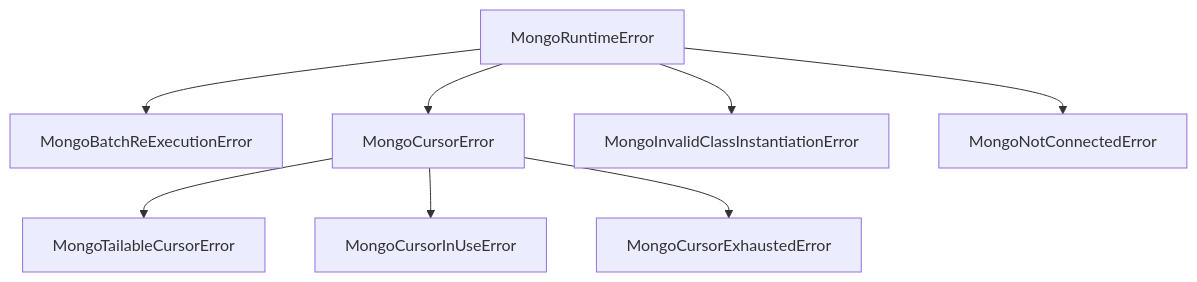
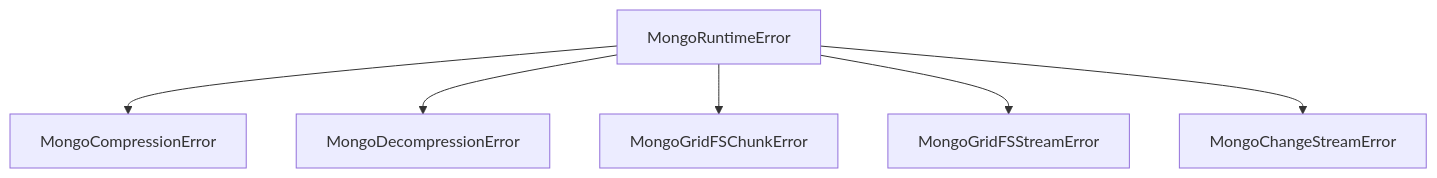
Before and after one commit to mongodb/node-mongodb-native: the diagram in docs/charts/mermaid/MongoRuntimeError_0.mmd, drawn with Mermaid. The commit also changed 8 other files, not shown here.

Commit message:
docs: Update diagrams(wip)

```diff
--- a/docs/charts/mermaid/MongoRuntimeError_0.mmd
+++ b/docs/charts/mermaid/MongoRuntimeError_0.mmd
@@ -1,9 +1,6 @@
 graph TD
-  MongoRuntimeError --> MongoBatchReExecutionError
-  MongoRuntimeError --> MongoCursorError
-  MongoRuntimeError --> MongoInvalidClassInstantiationError
-  MongoRuntimeError --> MongoNotConnectedError
-
-  MongoCursorError --> MongoTailableCursorError
-  MongoCursorError --> MongoCursorInUseError
-  MongoCursorError --> MongoCursorExhaustedError
+  MongoRuntimeError --> MongoCompressionError
+  MongoRuntimeError --> MongoDecompressionError
+  MongoRuntimeError --> MongoGridFSChunkError
+  MongoRuntimeError --> MongoGridFSStreamError
+  MongoRuntimeError --> MongoChangeStreamError
```
